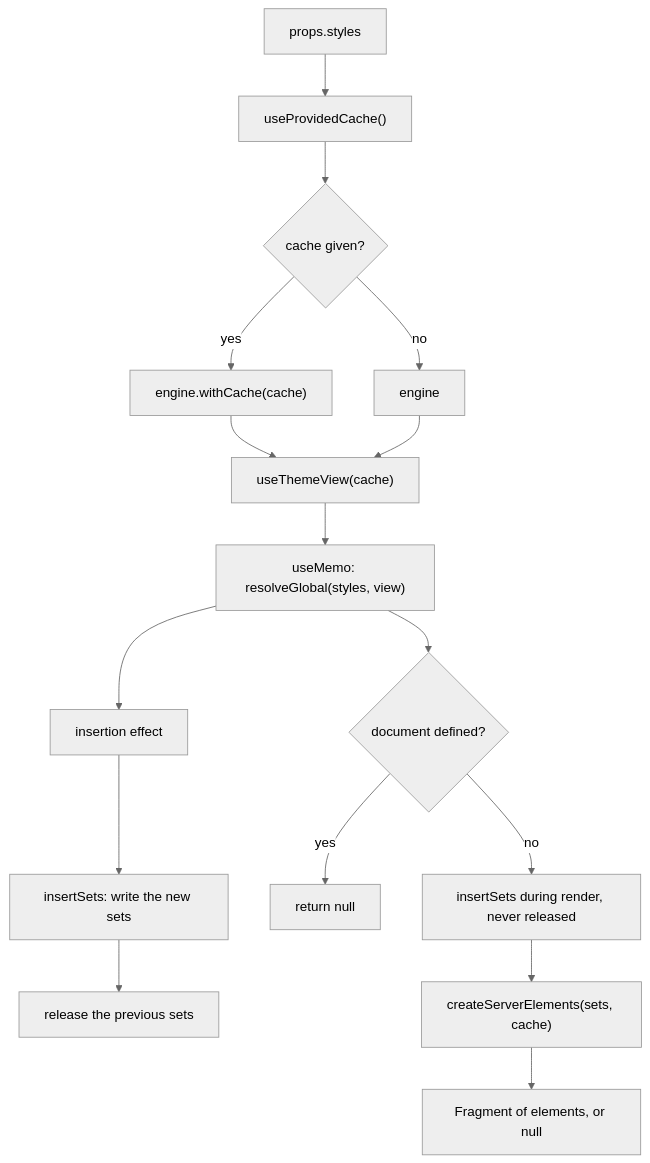
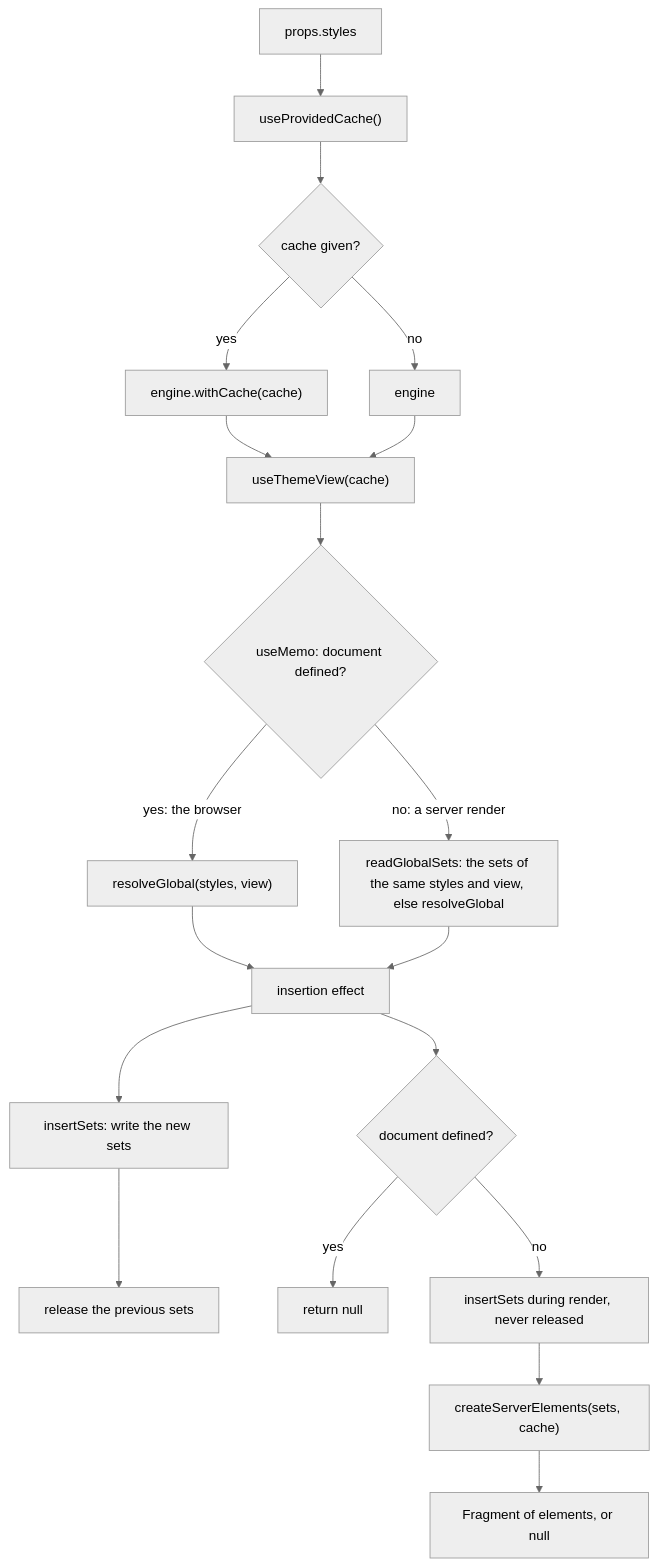
The diagram in packages/react/src/Global.md (soroush-tech/umber-style), drawn with Mermaid (neutral theme) before and after one commit. The commit also changed other lines of this file and 124 other files, not shown here.

Commit message:
feat: a theme is recognised by its contents, server components take a nonce for each request, class names are read and written whole, three development checks, and the benchmark tools at soroush-bench 2.3.0 and bench-action 1.2.0 - close #61, close #62, close #63, close #64, close #65

````diff
--- a/packages/react/src/Global.md
+++ b/packages/react/src/Global.md
@@ -20,18 +20,22 @@
 ```mermaid
 flowchart TD
   props["props.styles"] --> cache["useProvidedCache()"]
   cache --> local{"cache given?"}
   local -->|yes| over["engine.withCache(cache)"]
   local -->|no| own["engine"]
   over --> view["useThemeView(cache)"]
   own --> view
-  view --> sets["useMemo: resolveGlobal(styles, view)"]
-  sets --> effect["insertion effect"]
+  view --> sets{"useMemo: document defined?"}
+  sets -->|"yes: the browser"| resolveNow["resolveGlobal(styles, view)"]
+  sets -->|"no: a server render"| keptSets["readGlobalSets: the sets of the same styles and view, else resolveGlobal"]
+  resolveNow --> effect
+  keptSets --> effect
+  effect["insertion effect"]
   effect --> write["insertSets: write the new sets"]
   write --> drop["release the previous sets"]
-  sets --> doc{"document defined?"}
+  effect --> doc{"document defined?"}
   doc -->|yes| null["return null"]
   doc -->|no| forever["insertSets during render, never released"]
   forever --> elems["createServerElements(sets, cache)"]
   elems --> out["Fragment of elements, or null"]
 ```
````
